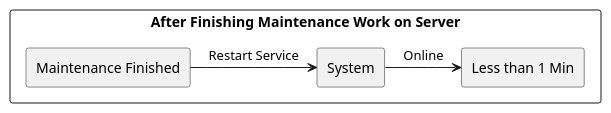
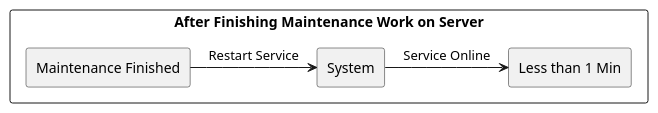
The fourth of 11 diagrams in src/sa/model/index.md (USI-MSDE-SA-2023/sa--edoriggio), drawn with PlantUML before and after one commit. The commit also changed other lines of this file, not shown here.

````diff
--- a/src/sa/model/index.md
+++ b/src/sa/model/index.md
@@ -194,20 +195,20 @@
 ```puml
 @startuml
 
 skinparam componentStyle rectangle
 skinparam monochrome true
 skinparam shadowing false
 
 rectangle "After Finishing Maintenance Work on Server" {
 
 rectangle "Maintenance Finished" as Source
 rectangle "Less than 1 Min" as Measure
 
 Source -> [System] : "Restart Service"
 
-[System] -> [Measure] : "Online"
+[System] -> [Measure] : "Service Online"
 
 }
 
 @enduml
 ```
````
